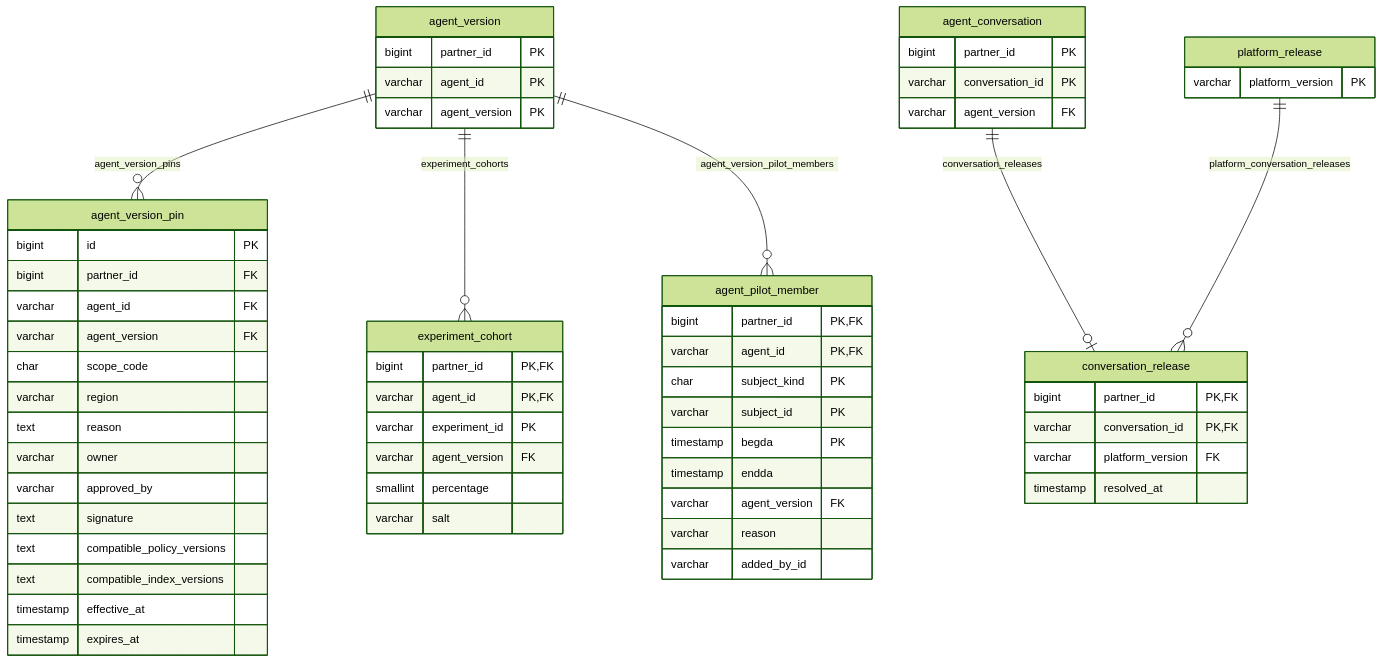
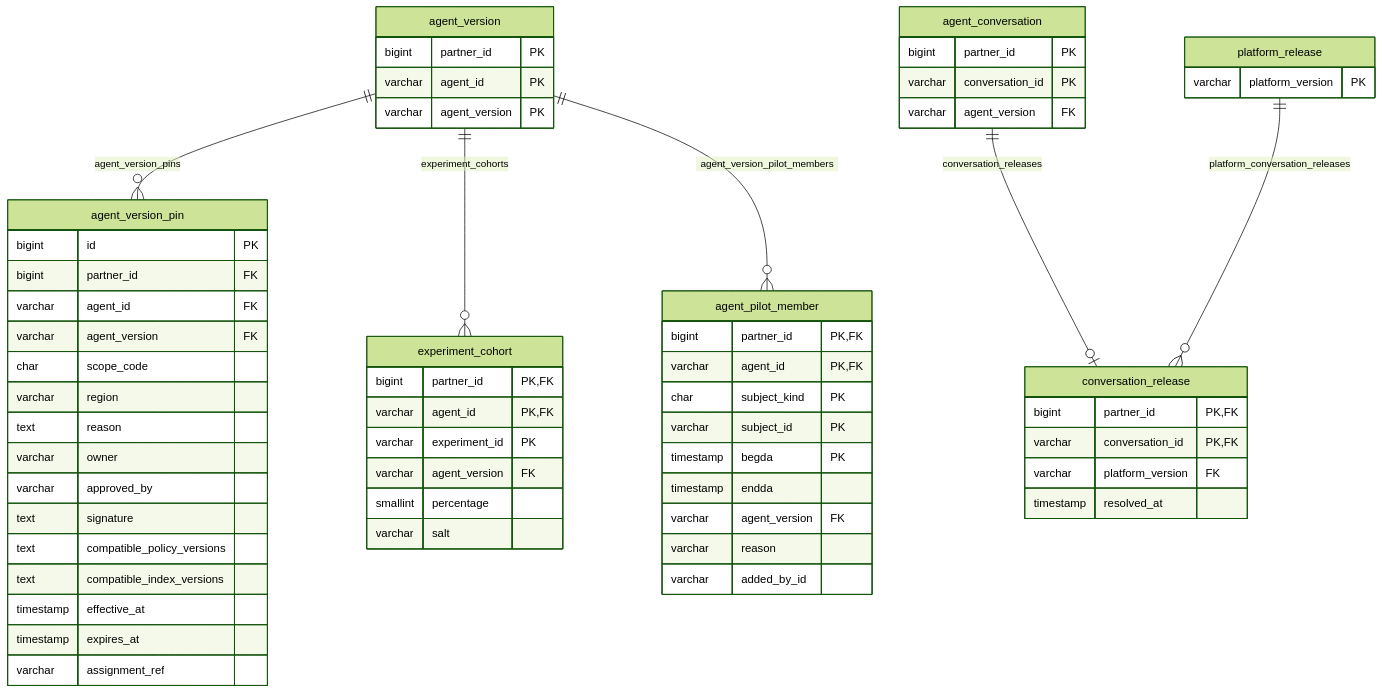
Diagram 21 of 24 in doc/database.md (nauticana/scout), drawn with Mermaid (forest theme) before and after one commit. The commit also changed other lines of this file and 84 other files, not shown here.

````diff
--- a/doc/database.md
+++ b/doc/database.md
@@ -2150,63 +2174,64 @@
 ```mermaid
 erDiagram
     agent_version ||--o{ agent_version_pin : agent_version_pins
     agent_version ||--o{ experiment_cohort : experiment_cohorts
     agent_version ||--o{ agent_pilot_member : agent_version_pilot_members
     agent_conversation ||--o| conversation_release : conversation_releases
     platform_release ||--o{ conversation_release : platform_conversation_releases
 
     agent_version {
         bigint partner_id PK
         varchar agent_id PK
         varchar agent_version PK
     }
     agent_conversation {
         bigint partner_id PK
         varchar conversation_id PK
         varchar agent_version FK
     }
     platform_release {
         varchar platform_version PK
     }
     agent_version_pin {
         bigint id PK
         bigint partner_id FK
         varchar agent_id FK
         varchar agent_version FK
         char scope_code
         varchar region
         text reason
         varchar owner
         varchar approved_by
         text signature
         text compatible_policy_versions
         text compatible_index_versions
         timestamp effective_at
         timestamp expires_at
+        varchar assignment_ref
     }
     experiment_cohort {
         bigint partner_id PK,FK
         varchar agent_id PK,FK
         varchar experiment_id PK
         varchar agent_version FK
         smallint percentage
         varchar salt
     }
     agent_pilot_member {
         bigint partner_id PK,FK
         varchar agent_id PK,FK
         char subject_kind PK
         varchar subject_id PK
         timestamp begda PK
         timestamp endda
         varchar agent_version FK
         varchar reason
         varchar added_by_id
     }
     conversation_release {
         bigint partner_id PK,FK
         varchar conversation_id PK,FK
         varchar platform_version FK
         timestamp resolved_at
     }
 ```
````
